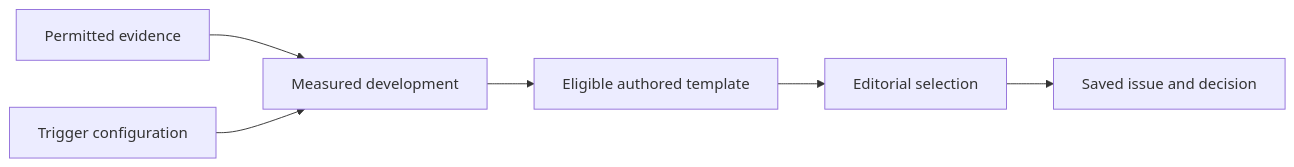
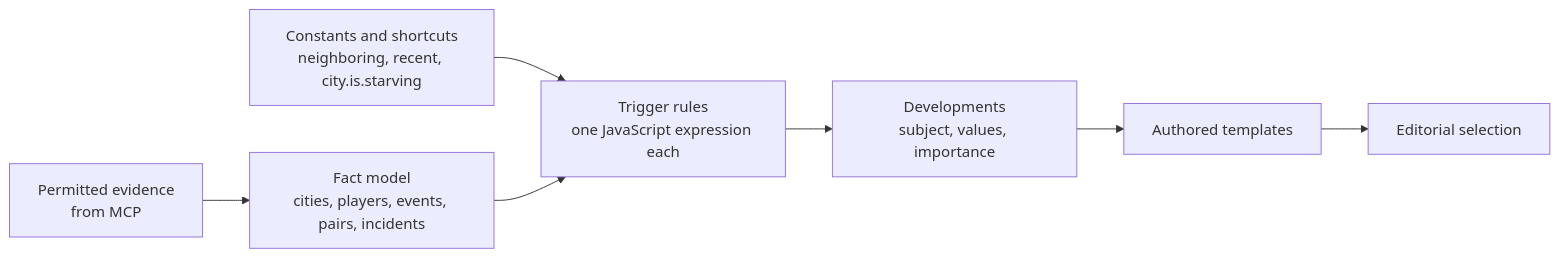
The first of 2 diagrams in docs/developers/vox-agents/newspaper/triggers/overview.md (vox-deorum/vox-deorum), drawn with Mermaid before and after one commit. The commit also changed other lines of this file and 19 other files, not shown here.

````diff
--- a/docs/developers/vox-agents/newspaper/triggers/overview.md
+++ b/docs/developers/vox-agents/newspaper/triggers/overview.md
@@ -23,8 +9,9 @@
 ```mermaid
 flowchart LR
-    Evidence[Permitted evidence] --> Detector[Measured development]
-    Trigger[Trigger configuration] --> Detector
-    Detector --> Template[Eligible authored template]
-    Template --> Selection[Editorial selection]
-    Selection --> Saved[Saved issue and decision]
+    Evidence[Permitted evidence<br/>from MCP] --> Facts[Fact model<br/>cities, players, events, pairs, incidents]
+    Constants[Constants and shortcuts<br/>neighboring, recent, city.is.starving] --> Rules
+    Facts --> Rules[Trigger rules<br/>one JavaScript expression each]
+    Rules --> Developments[Developments<br/>subject, values, importance]
+    Developments --> Templates[Authored templates]
+    Templates --> Selection[Editorial selection]
 ```
````
